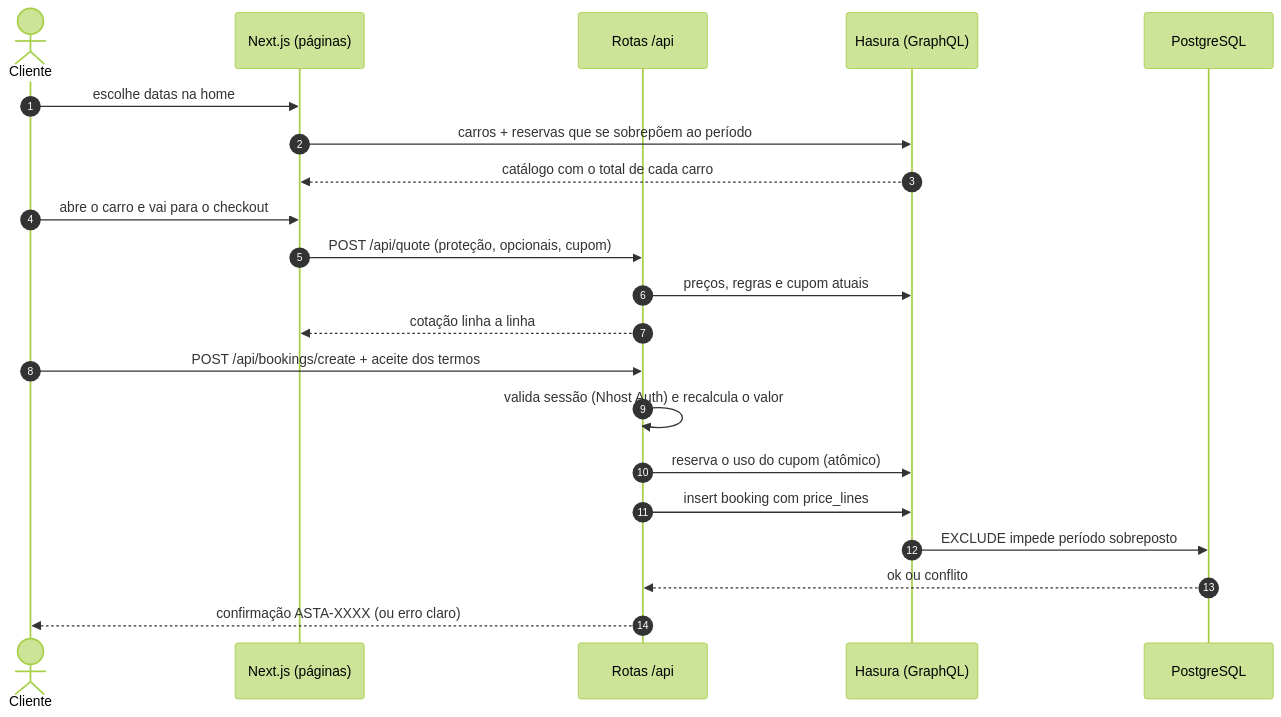
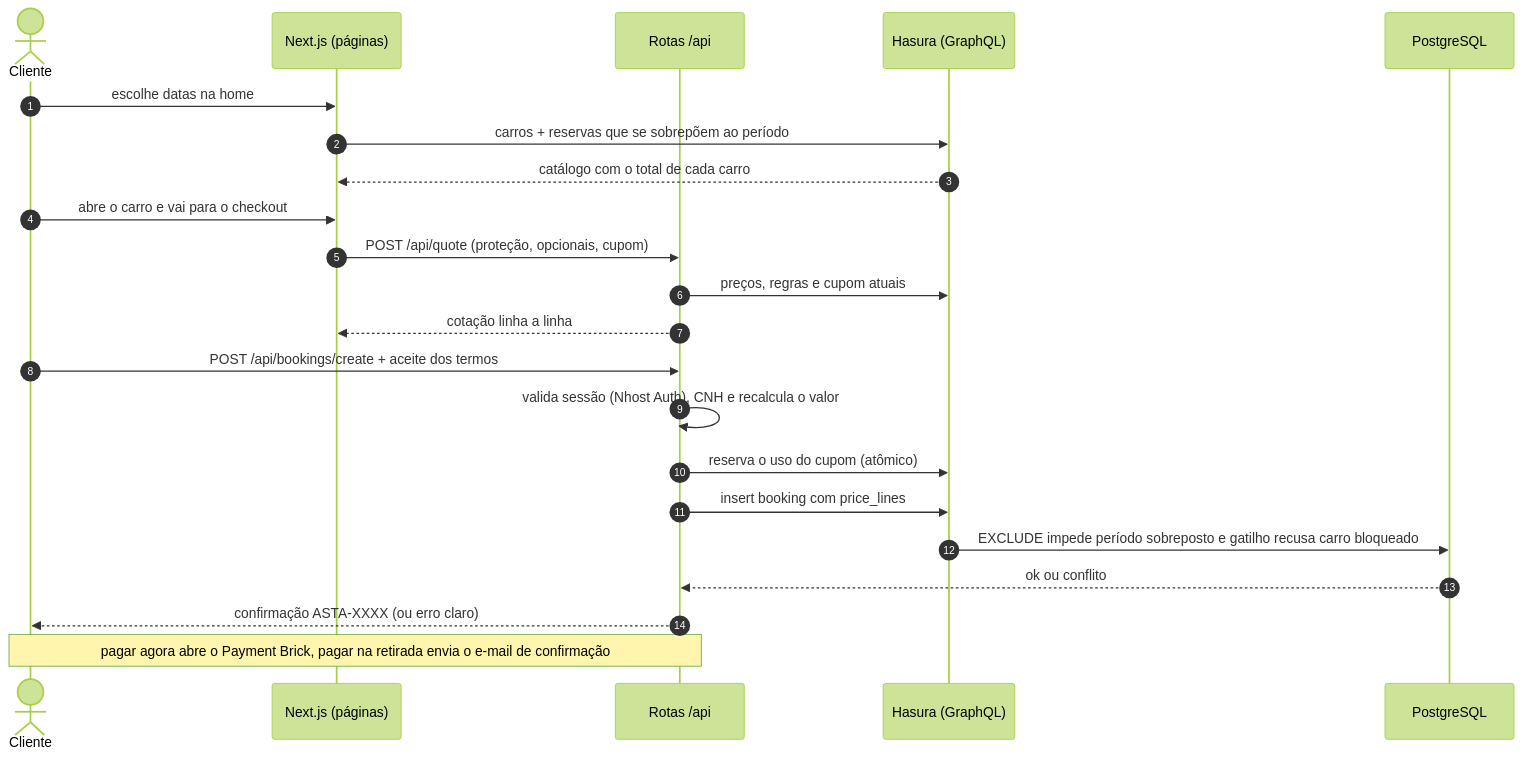
One commit to devraphaeldiniz/rentalcar changed the first of 6 diagrams in README.md. Above: the diagram before and after it, drawn with Mermaid (forest theme). The commit also changed other lines of this file and 3 other files, not shown here.

````diff
--- a/README.md
+++ b/README.md
@@ -93,24 +105,25 @@
 ```mermaid
 sequenceDiagram
     autonumber
     actor C as Cliente
     participant W as Next.js (páginas)
     participant A as Rotas /api
     participant H as Hasura (GraphQL)
     participant P as PostgreSQL
 
     C->>W: escolhe datas na home
     W->>H: carros + reservas que se sobrepõem ao período
     H-->>W: catálogo com o total de cada carro
     C->>W: abre o carro e vai para o checkout
     W->>A: POST /api/quote (proteção, opcionais, cupom)
     A->>H: preços, regras e cupom atuais
     A-->>W: cotação linha a linha
     C->>A: POST /api/bookings/create + aceite dos termos
-    A->>A: valida sessão (Nhost Auth) e recalcula o valor
+    A->>A: valida sessão (Nhost Auth), CNH e recalcula o valor
     A->>H: reserva o uso do cupom (atômico)
     A->>H: insert booking com price_lines
-    H->>P: EXCLUDE impede período sobreposto
+    H->>P: EXCLUDE impede período sobreposto e gatilho recusa carro bloqueado
     P-->>A: ok ou conflito
     A-->>C: confirmação ASTA-XXXX (ou erro claro)
+    Note over C,A: pagar agora abre o Payment Brick, pagar na retirada envia o e-mail de confirmação
 ```
````
